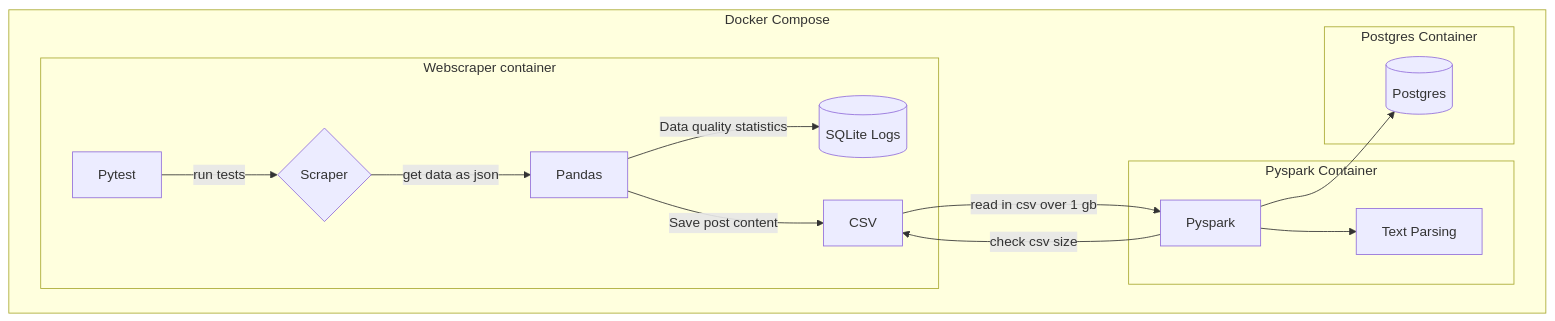
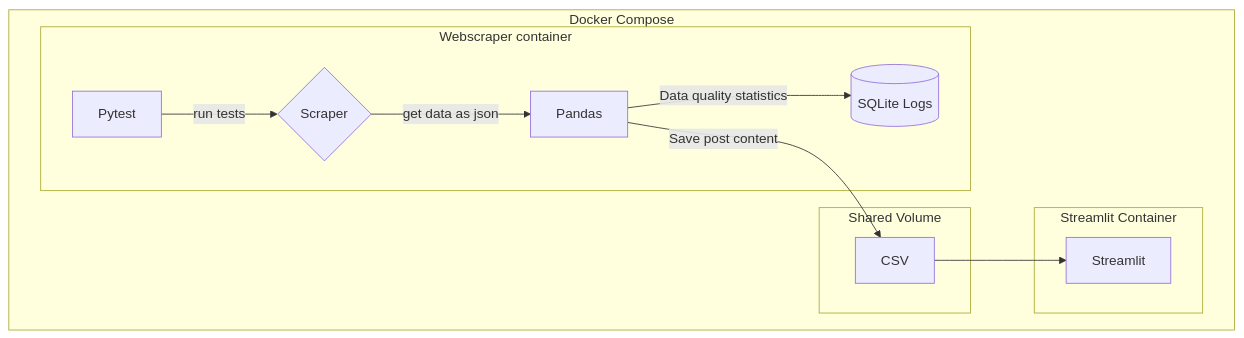
The diagram in README.md (josephplpriest/pipeline_project), drawn with Mermaid before and after one commit.

Commit message:
edited diagram

````diff
--- a/README.md
+++ b/README.md
@@ -3,21 +3,18 @@
 ```mermaid
 graph TD
     subgraph Docker Compose
     subgraph Webscraper container
     C --> |Data quality statistics|D[(SQLite Logs)]
     B{Scraper} --> |get data as json|C[Pandas]
-    C --> |Save post content|E[CSV]
     Z[Pytest] --> |run tests|B
     end
-    subgraph Pyspark Container
-    E[CSV] --> |read in csv over 1 gb|F[Pyspark]
-    F[Pyspark] --> |check csv size|E[CSV]
-    F --> G[Text Parsing]
+    subgraph Shared Volume
+    C --> |Save post content|E[CSV]
     end
-    F --> P
-    subgraph Postgres Container
-    P[(Postgres)]
+    subgraph Streamlit Container
+    P[Streamlit]
+    E --> P
     end
     end
     
 ```
````
